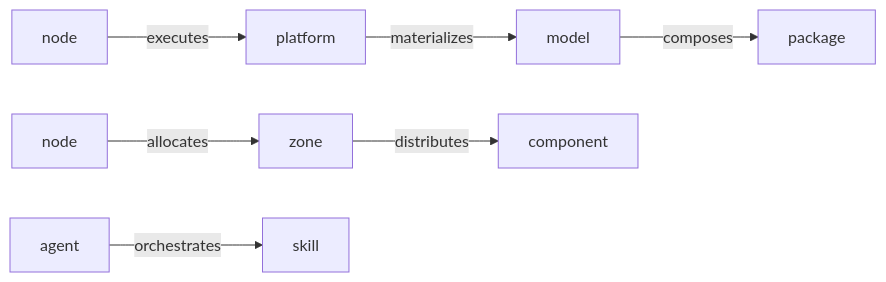
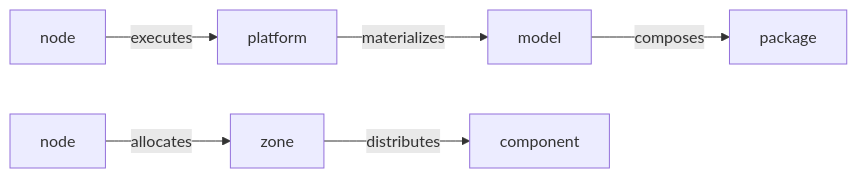
The diagram in docs/reference/graph.md (plasmash/docs), drawn with Mermaid before and after one commit. The commit also changed other lines of this file, not shown here.

First line of the commit message:
docs(reference): complete the dependency-graph node & edge types

````diff
--- a/docs/reference/graph.md
+++ b/docs/reference/graph.md
@@ -21,9 +27,8 @@
 ```mermaid
 flowchart LR
   node -->|executes| platform
   platform -->|materializes| model
   model -->|composes| package
+  node2["node"] -->|allocates| zone
   zone -->|distributes| component
-  node2["node"] -->|allocates| zone
-  agent -->|orchestrates| skill
 ```
````
